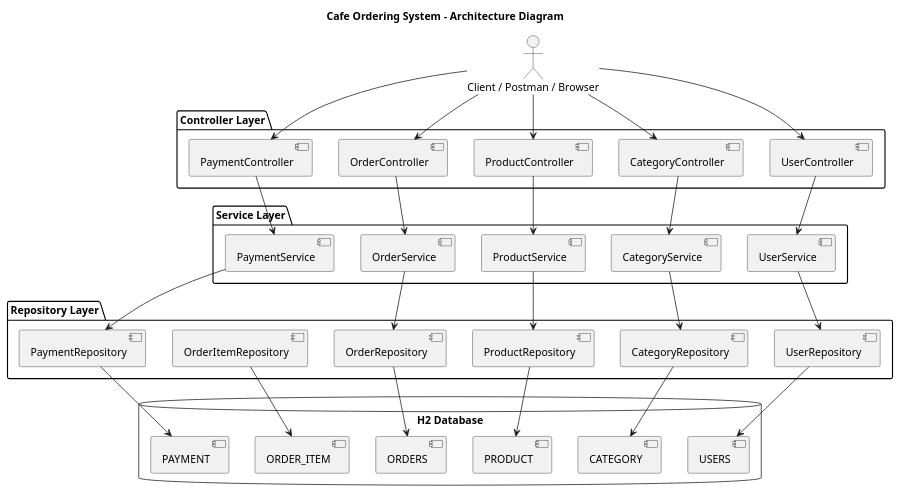
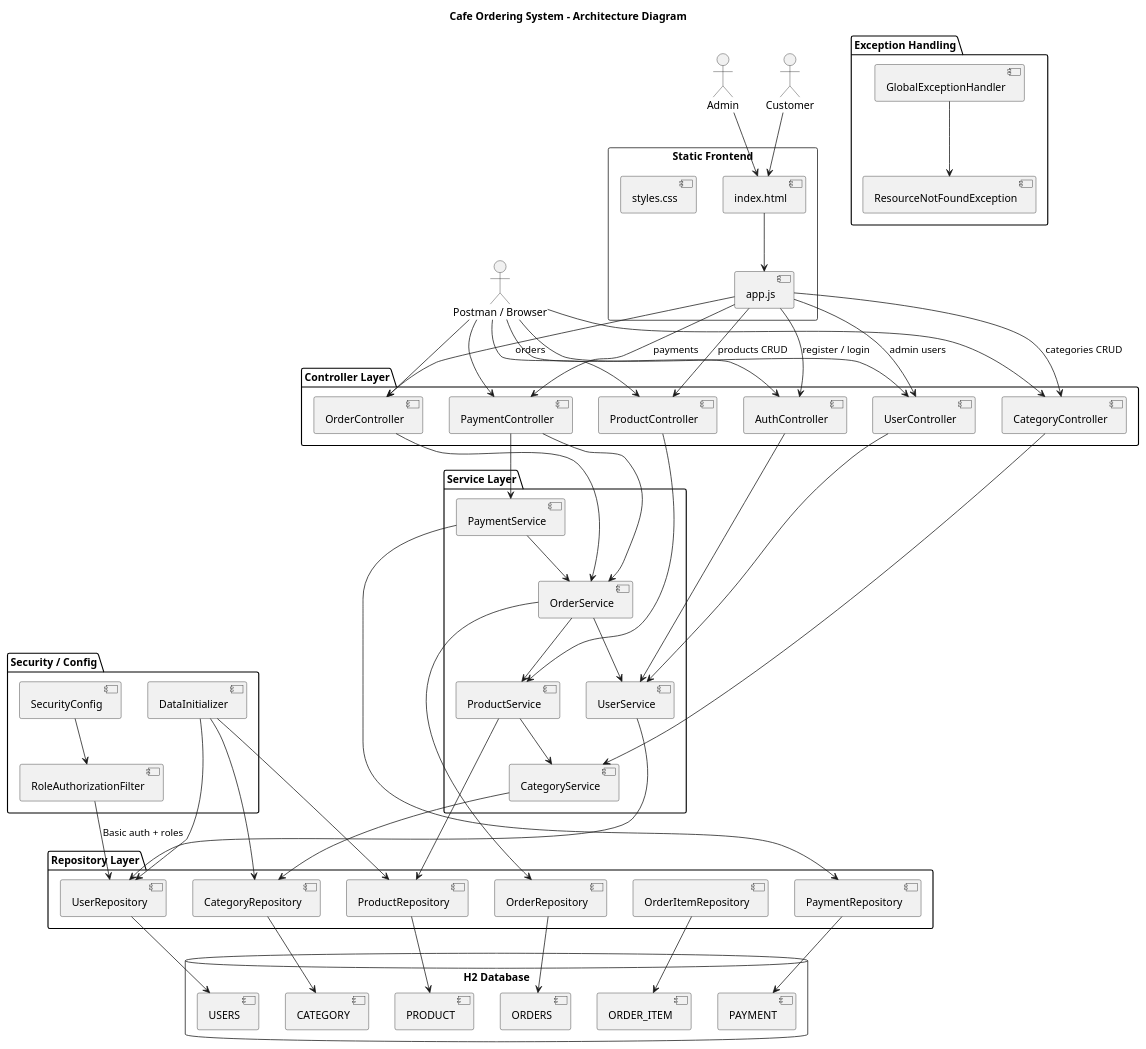
Before and after one commit to ayaulymserikova13-coder/cafe-ordering-system: the diagram in diagrams/architecture-diagram.puml, drawn with PlantUML. The commit also changed 23 other files, not shown here.

```diff
--- a/diagrams/architecture-diagram.puml
+++ b/diagrams/architecture-diagram.puml
@@ -1,65 +1,110 @@
 @startuml
 title Cafe Ordering System - Architecture Diagram
 
-actor Client as "Client / Postman / Browser"
+actor Customer
+actor Admin
+actor "Postman / Browser" as Client
+
+rectangle "Static Frontend" {
+  [index.html]
+  [styles.css]
+  [app.js]
+}
+
+package "Security / Config" {
+  [SecurityConfig]
+  [RoleAuthorizationFilter]
+  [DataInitializer]
+}
 
 package "Controller Layer" {
+  [AuthController]
   [UserController]
   [CategoryController]
   [ProductController]
   [OrderController]
   [PaymentController]
 }
 
 package "Service Layer" {
   [UserService]
   [CategoryService]
   [ProductService]
   [OrderService]
   [PaymentService]
 }
 
 package "Repository Layer" {
   [UserRepository]
   [CategoryRepository]
   [ProductRepository]
   [OrderRepository]
   [OrderItemRepository]
   [PaymentRepository]
 }
 
+package "Exception Handling" {
+  [GlobalExceptionHandler]
+  [ResourceNotFoundException]
+}
+
 database "H2 Database" {
   [USERS]
   [CATEGORY]
   [PRODUCT]
   [ORDERS]
   [ORDER_ITEM]
   [PAYMENT]
 }
 
+Customer --> [index.html]
+Admin --> [index.html]
+[index.html] --> [app.js]
+[app.js] --> [AuthController] : register / login
+[app.js] --> [UserController] : admin users
+[app.js] --> [CategoryController] : categories CRUD
+[app.js] --> [ProductController] : products CRUD
+[app.js] --> [OrderController] : orders
+[app.js] --> [PaymentController] : payments
+
+Client --> [AuthController]
 Client --> [UserController]
 Client --> [CategoryController]
 Client --> [ProductController]
 Client --> [OrderController]
 Client --> [PaymentController]
 
+[RoleAuthorizationFilter] --> [UserRepository] : Basic auth + roles
+[SecurityConfig] --> [RoleAuthorizationFilter]
+
+[AuthController] --> [UserService]
 [UserController] --> [UserService]
 [CategoryController] --> [CategoryService]
 [ProductController] --> [ProductService]
 [OrderController] --> [OrderService]
 [PaymentController] --> [PaymentService]
+[PaymentController] --> [OrderService]
 
 [UserService] --> [UserRepository]
 [CategoryService] --> [CategoryRepository]
 [ProductService] --> [ProductRepository]
+[ProductService] --> [CategoryService]
 [OrderService] --> [OrderRepository]
+[OrderService] --> [UserService]
+[OrderService] --> [ProductService]
 [PaymentService] --> [PaymentRepository]
+[PaymentService] --> [OrderService]
 
 [UserRepository] --> [USERS]
 [CategoryRepository] --> [CATEGORY]
 [ProductRepository] --> [PRODUCT]
 [OrderRepository] --> [ORDERS]
 [OrderItemRepository] --> [ORDER_ITEM]
 [PaymentRepository] --> [PAYMENT]
 
+[DataInitializer] --> [UserRepository]
+[DataInitializer] --> [CategoryRepository]
+[DataInitializer] --> [ProductRepository]
+[GlobalExceptionHandler] --> [ResourceNotFoundException]
+
 @enduml
```
